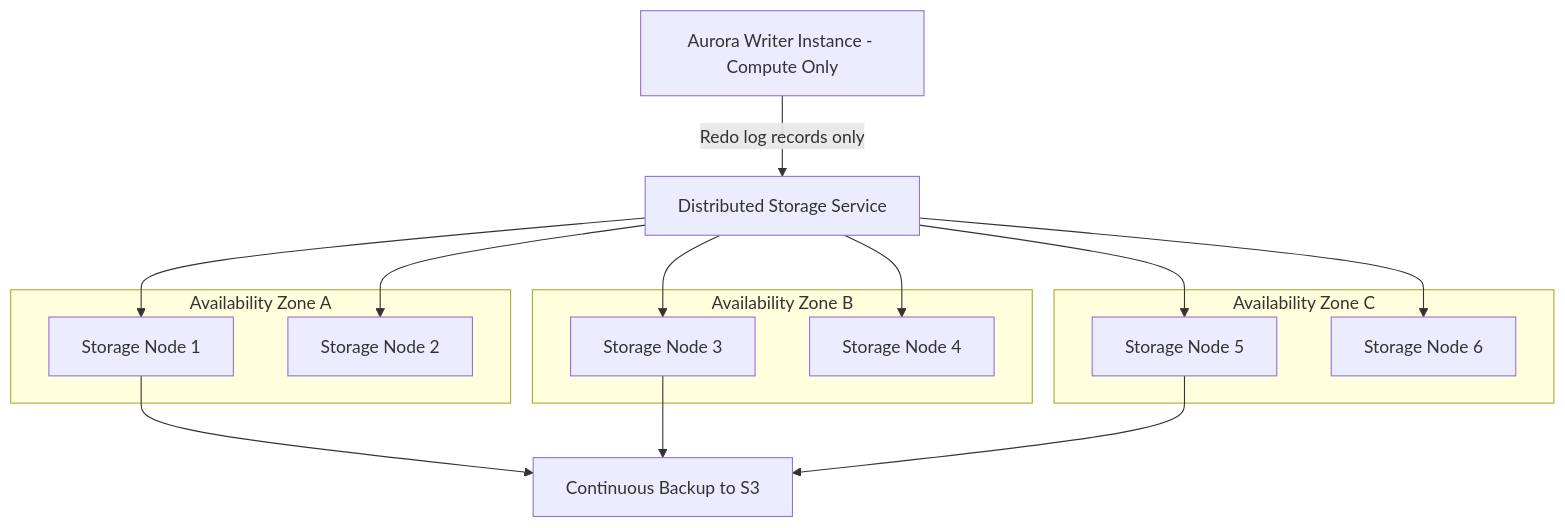
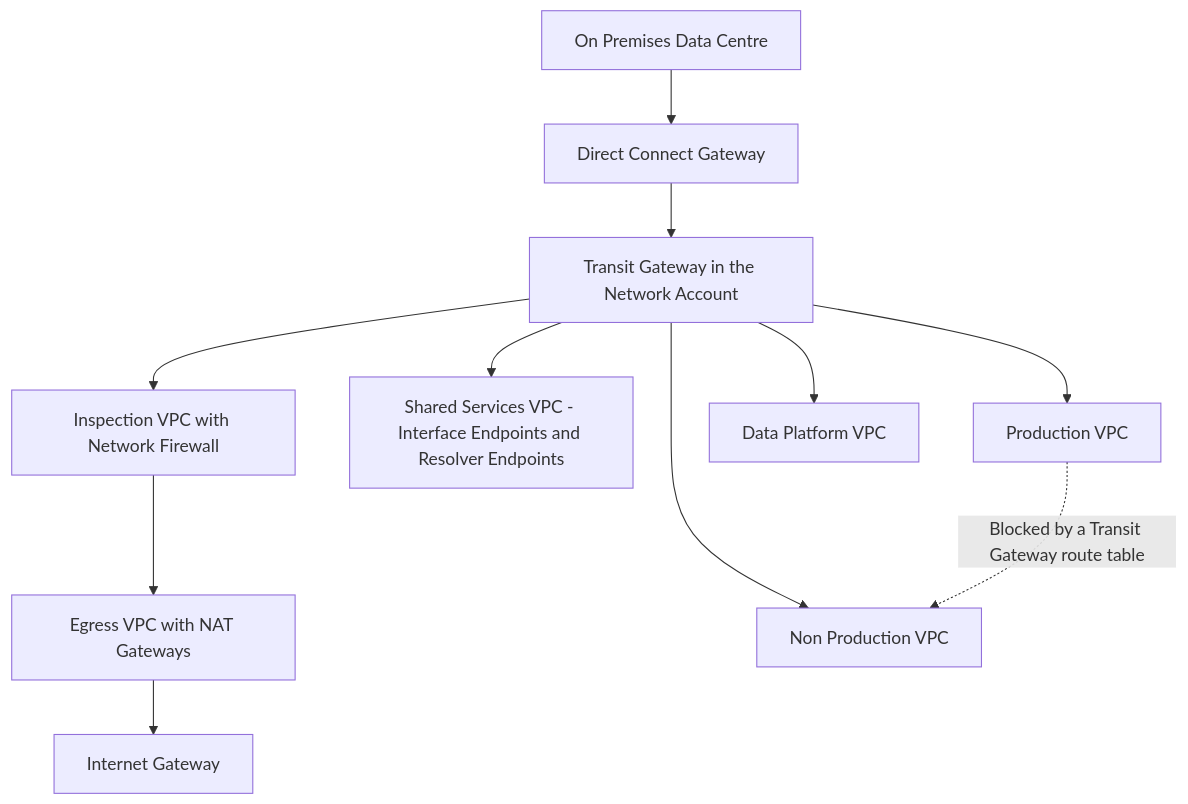
One commit to norbutlepcha25/dso303 changed diagram 12 of 13 in docs/unit1/topic6.md. Above: the diagram before and after it, drawn with Mermaid. The commit also changed other lines of this file and 945 other files, not shown here.

````diff
--- a/docs/unit1/topic6.md
+++ b/docs/unit1/topic6.md
@@ -618,25 +1329,13 @@
 ```mermaid
 graph TD
-    A["Aurora Writer Instance - Compute Only"] -->|"Redo log records only"| B["Distributed Storage Service"]
-    subgraph AZ1["Availability Zone A"]
-        S1["Storage Node 1"]
-        S2["Storage Node 2"]
-    end
-    subgraph AZ2["Availability Zone B"]
-        S3["Storage Node 3"]
-        S4["Storage Node 4"]
-    end
-    subgraph AZ3["Availability Zone C"]
-        S5["Storage Node 5"]
-        S6["Storage Node 6"]
-    end
-    B --> S1
-    B --> S2
-    B --> S3
-    B --> S4
-    B --> S5
-    B --> S6
-    S1 --> C["Continuous Backup to S3"]
-    S3 --> C
-    S5 --> C
+    ONPREM["On Premises Data Centre"] --> DX["Direct Connect Gateway"]
+    DX --> TGW["Transit Gateway in the Network Account"]
+    TGW --> INSP["Inspection VPC with Network Firewall"]
+    INSP --> EGRESS["Egress VPC with NAT Gateways"]
+    EGRESS --> IGW["Internet Gateway"]
+    TGW --> SHARED["Shared Services VPC - Interface Endpoints and Resolver Endpoints"]
+    TGW --> PROD["Production VPC"]
+    TGW --> NONPROD["Non Production VPC"]
+    TGW --> DATA["Data Platform VPC"]
+    PROD -.->|"Blocked by a Transit Gateway route table"| NONPROD
 ```
````
